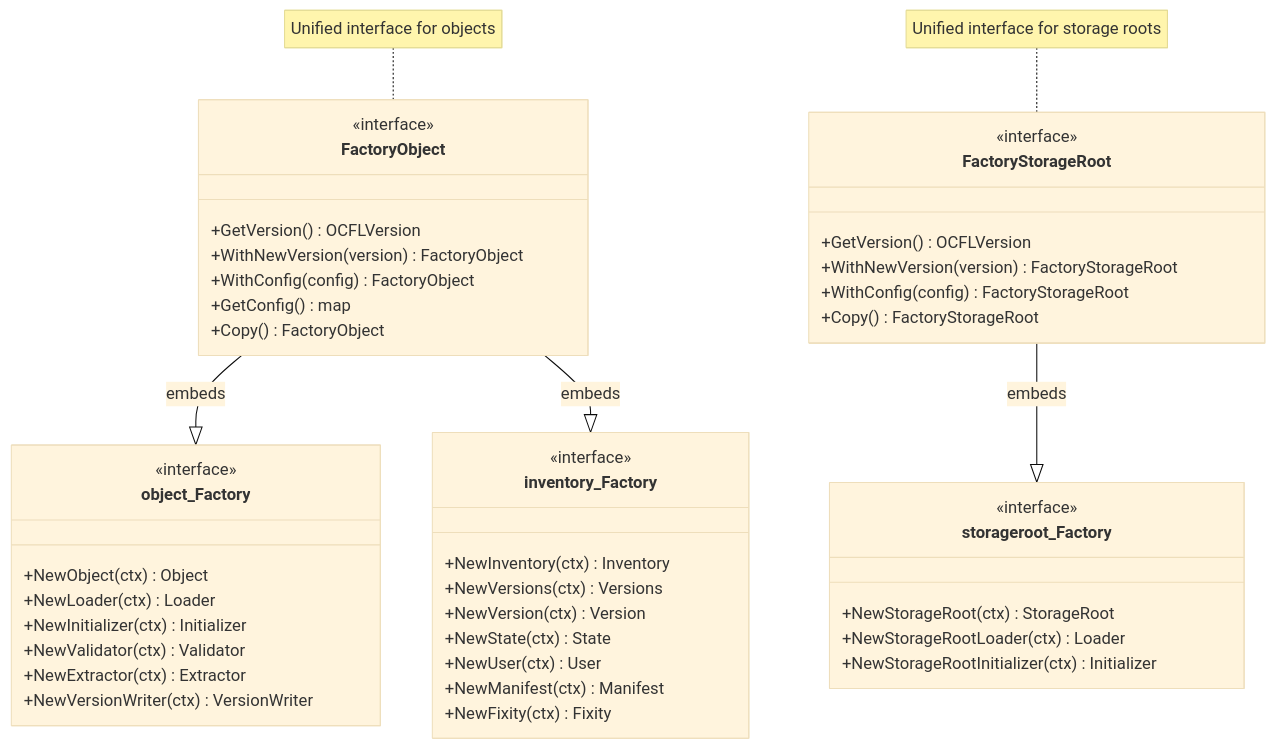
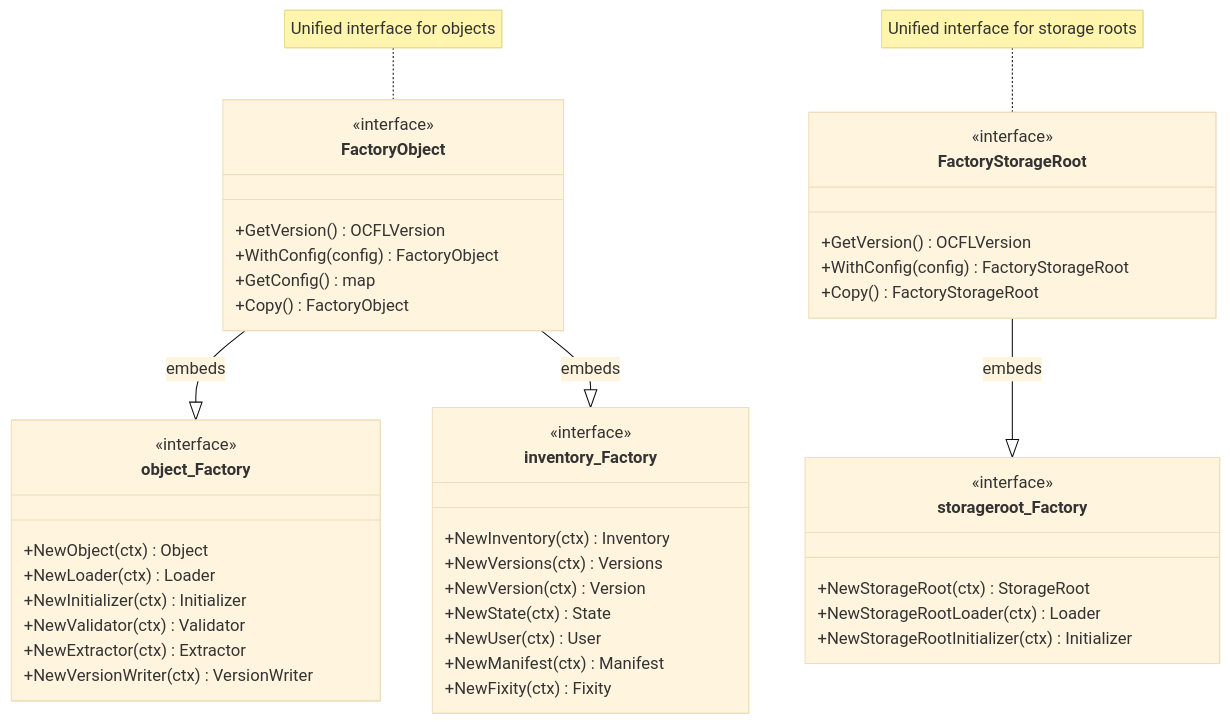
Before and after one commit to ocfl-archive/gocfl: the diagram in pkg/ocfl/factory/docs/architecture.md, drawn with Mermaid (base theme). The commit also changed other lines of this file and 10 other files, not shown here.

````diff
--- a/pkg/ocfl/factory/docs/architecture.md
+++ b/pkg/ocfl/factory/docs/architecture.md
@@ -9,54 +9,52 @@
 ```mermaid
 classDiagram
     class object_Factory {
         <<interface>>
         +NewObject(ctx) Object
         +NewLoader(ctx) Loader
         +NewInitializer(ctx) Initializer
         +NewValidator(ctx) Validator
         +NewExtractor(ctx) Extractor
         +NewVersionWriter(ctx) VersionWriter
     }
 
     class inventory_Factory {
         <<interface>>
         +NewInventory(ctx) Inventory
         +NewVersions(ctx) Versions
         +NewVersion(ctx) Version
         +NewState(ctx) State
         +NewUser(ctx) User
         +NewManifest(ctx) Manifest
         +NewFixity(ctx) Fixity
     }
 
     class storageroot_Factory {
         <<interface>>
         +NewStorageRoot(ctx) StorageRoot
         +NewStorageRootLoader(ctx) Loader
         +NewStorageRootInitializer(ctx) Initializer
     }
 
     class FactoryObject {
         <<interface>>
         +GetVersion() OCFLVersion
-        +WithNewVersion(version) FactoryObject
         +WithConfig(config) FactoryObject
         +GetConfig() map
         +Copy() FactoryObject
     }
 
     class FactoryStorageRoot {
         <<interface>>
         +GetVersion() OCFLVersion
-        +WithNewVersion(version) FactoryStorageRoot
         +WithConfig(config) FactoryStorageRoot
         +Copy() FactoryStorageRoot
     }
 
     FactoryObject --|> object_Factory : embeds
     FactoryObject --|> inventory_Factory : embeds
     FactoryStorageRoot --|> storageroot_Factory : embeds
 
     note for FactoryObject "Unified interface for objects"
     note for FactoryStorageRoot "Unified interface for storage roots"
 ```
````
